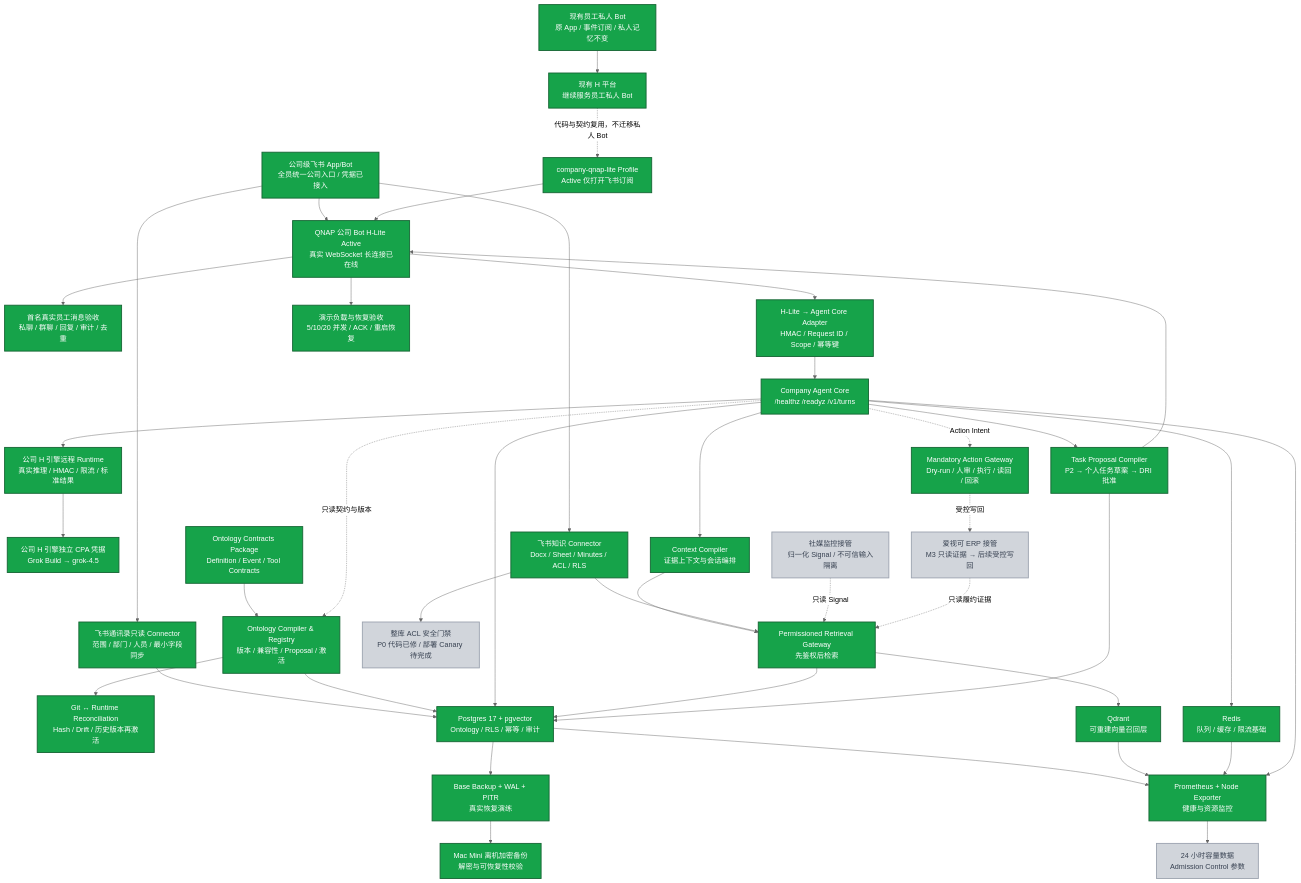
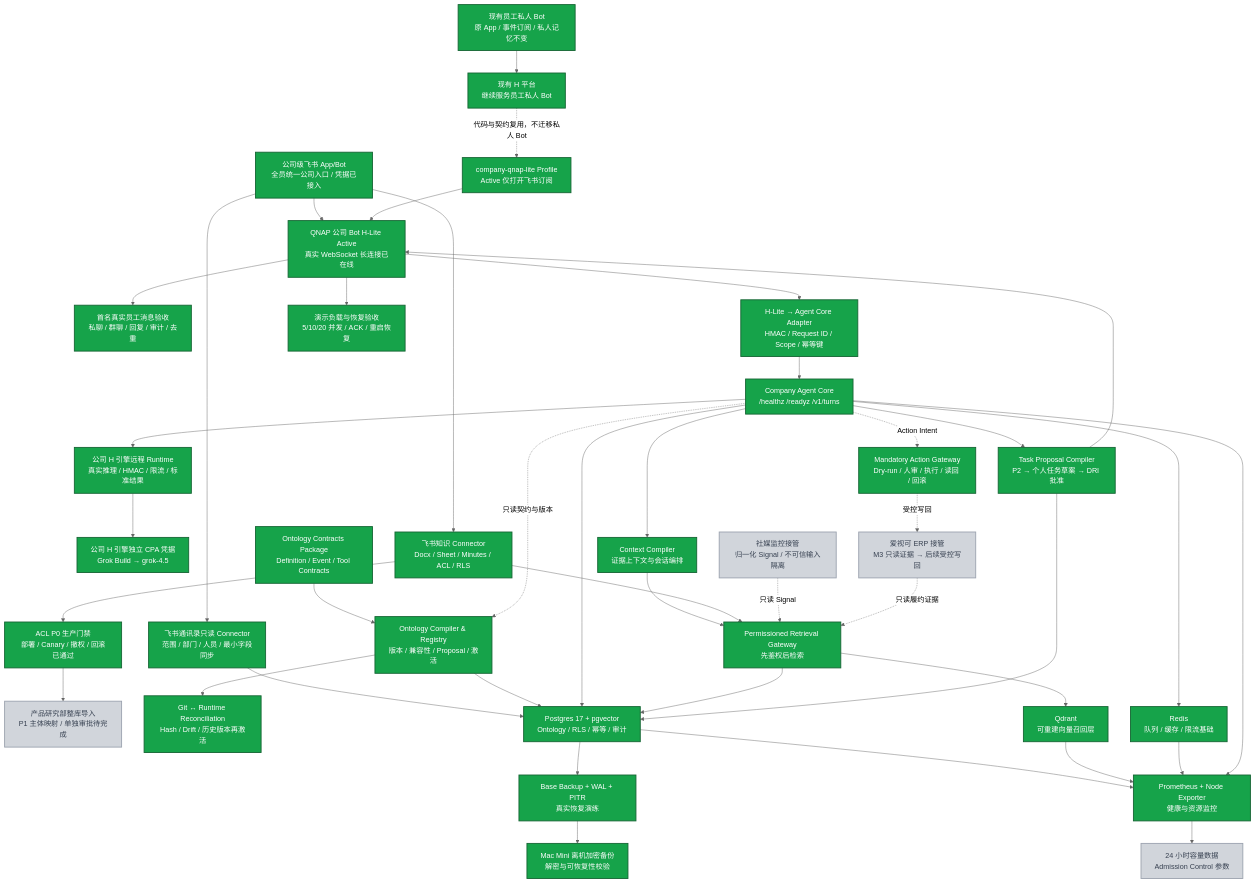
Before and after one commit to Hahaxiong838383/oh-my-ccwork: the diagram in 2-Projects/company-ai-ontology/docs/technical-architecture-progress-2026-08-07.md, drawn with Mermaid (neutral theme). The commit also changed other lines of this file and 8 other files, not shown here.

Commit message:
docs(ontology): record knowledge ACL production canary

````diff
--- a/2-Projects/company-ai-ontology/docs/technical-architecture-progress-2026-08-07.md
+++ b/2-Projects/company-ai-ontology/docs/technical-architecture-progress-2026-08-07.md
@@ -10,74 +10,76 @@
 ```mermaid
 flowchart TB
   PRIVATE["现有员工私人 Bot<br/>原 App / 事件订阅 / 私人记忆不变"]:::done
   H_EXISTING["现有 H 平台<br/>继续服务员工私人 Bot"]:::done
   FEISHU["公司级飞书 App/Bot<br/>全员统一公司入口 / 凭据已接入"]:::done
   H_PROFILE["company-qnap-lite Profile<br/>Active 仅打开飞书订阅"]:::done
   H_PROCESS["QNAP 公司 Bot H-Lite Active<br/>真实 WebSocket 长连接已在线"]:::done
   REAL_E2E["首名真实员工消息验收<br/>私聊 / 群聊 / 回复 / 审计 / 去重"]:::done
   DIRECTORY["飞书通讯录只读 Connector<br/>范围 / 部门 / 人员 / 最小字段同步"]:::done
   ADAPTER["H-Lite → Agent Core Adapter<br/>HMAC / Request ID / Scope / 幂等键"]:::done
 
   CORE["Company Agent Core<br/>/healthz /readyz /v1/turns"]:::done
   H_ENGINE["公司 H 引擎远程 Runtime<br/>真实推理 / HMAC / 限流 / 标准结果"]:::done
   H_CREDENTIAL["公司 H 引擎独立 CPA 凭据<br/>Grok Build → grok-4.5"]:::done
   CONTEXT["Context Compiler<br/>证据上下文与会话编排"]:::done
   RETRIEVAL["Permissioned Retrieval Gateway<br/>先鉴权后检索"]:::done
   KNOWLEDGE["飞书知识 Connector<br/>Docx / Sheet / Minutes / ACL / RLS"]:::done
-  KNOWLEDGE_ACCESS["整库 ACL 安全门禁<br/>P0 代码已修 / 部署 Canary 待完成"]:::todo
+  KNOWLEDGE_ACCESS["ACL P0 生产门禁<br/>部署 / Canary / 撤权 / 回滚已通过"]:::done
+  KNOWLEDGE_IMPORT["产品研究部整库导入<br/>P1 主体映射 / 单独审批待完成"]:::todo
   TASK["Task Proposal Compiler<br/>P2 → 个人任务草案 → DRI 批准"]:::done
   CONTRACTS["Ontology Contracts Package<br/>Definition / Event / Tool Contracts"]:::done
   REGISTRY["Ontology Compiler & Registry<br/>版本 / 兼容性 / Proposal / 激活"]:::done
   RECONCILE["Git ↔ Runtime Reconciliation<br/>Hash / Drift / 历史版本再激活"]:::done
 
   PG["Postgres 17 + pgvector<br/>Ontology / RLS / 幂等 / 审计"]:::done
   QDRANT["Qdrant<br/>可重建向量召回层"]:::done
   REDIS["Redis<br/>队列 / 缓存 / 限流基础"]:::done
   OBS["Prometheus + Node Exporter<br/>健康与资源监控"]:::done
   BACKUP["Base Backup + WAL + PITR<br/>真实恢复演练"]:::done
 
   ACTION["Mandatory Action Gateway<br/>Dry-run / 人审 / 执行 / 读回 / 回滚"]:::done
   ERP["爱视可 ERP 接管<br/>M3 只读证据 → 后续受控写回"]:::todo
   SOCIAL["社媒监控接管<br/>归一化 Signal / 不可信输入隔离"]:::todo
   CANARY["演示负载与恢复验收<br/>5/10/20 并发 / ACK / 重启恢复"]:::done
   OFFSITE["Mac Mini 离机加密备份<br/>解密与可恢复性校验"]:::done
   CAPACITY["24 小时容量数据<br/>Admission Control 参数"]:::todo
 
   PRIVATE --> H_EXISTING
   H_EXISTING -. "代码与契约复用，不迁移私人 Bot" .-> H_PROFILE
   FEISHU --> H_PROCESS
   FEISHU --> DIRECTORY --> PG
   H_PROCESS --> REAL_E2E
   H_PROFILE --> H_PROCESS
   H_PROCESS --> ADAPTER --> CORE
   CORE --> H_ENGINE
   H_ENGINE --> H_CREDENTIAL
   CORE --> CONTEXT --> RETRIEVAL
   FEISHU --> KNOWLEDGE --> RETRIEVAL
   KNOWLEDGE --> KNOWLEDGE_ACCESS
+  KNOWLEDGE_ACCESS --> KNOWLEDGE_IMPORT
   CORE --> TASK
   CONTRACTS --> REGISTRY --> RECONCILE
   REGISTRY --> PG
   CORE -. "只读契约与版本" .-> REGISTRY
   CORE --> PG
   RETRIEVAL --> PG
   RETRIEVAL --> QDRANT
   CORE --> REDIS
   TASK --> PG
   TASK --> H_PROCESS
   CORE -. "Action Intent" .-> ACTION
   ACTION -. "受控写回" .-> ERP
   SOCIAL -. "只读 Signal" .-> RETRIEVAL
   ERP -. "只读履约证据" .-> RETRIEVAL
   PG --> BACKUP
   PG --> OBS
   QDRANT --> OBS
   REDIS --> OBS
   CORE --> OBS
   H_PROCESS --> CANARY
   BACKUP --> OFFSITE
   OBS --> CAPACITY
 
   classDef done fill:#16a34a,color:#ffffff,stroke:#166534,stroke-width:2px;
   classDef todo fill:#d1d5db,color:#374151,stroke:#9ca3af,stroke-width:2px;
 ```
````
